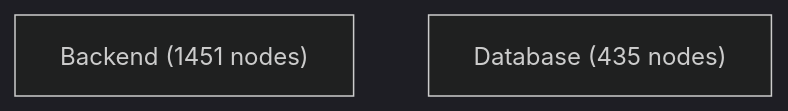
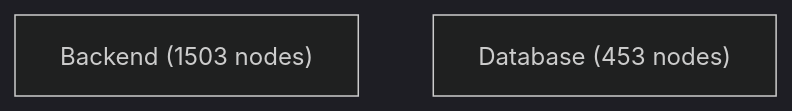
The first of 4 diagrams in docs/architecture-analysis/architecture.report.md (jankneumann/agentic-coding-tools), drawn with Mermaid (dark theme) before and after one commit. The commit also changed other lines of this file and 14 other files, not shown here.

````diff
--- a/docs/architecture-analysis/architecture.report.md
+++ b/docs/architecture-analysis/architecture.report.md
@@ -513,5 +502,5 @@
 ```mermaid
 flowchart TB
-    Backend["Backend (1451 nodes)"]
-    Database["Database (435 nodes)"]
+    Backend["Backend (1503 nodes)"]
+    Database["Database (453 nodes)"]
 ```
````
